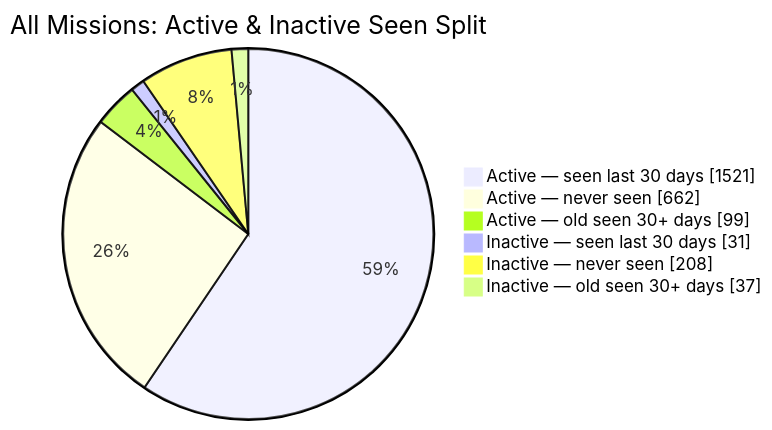
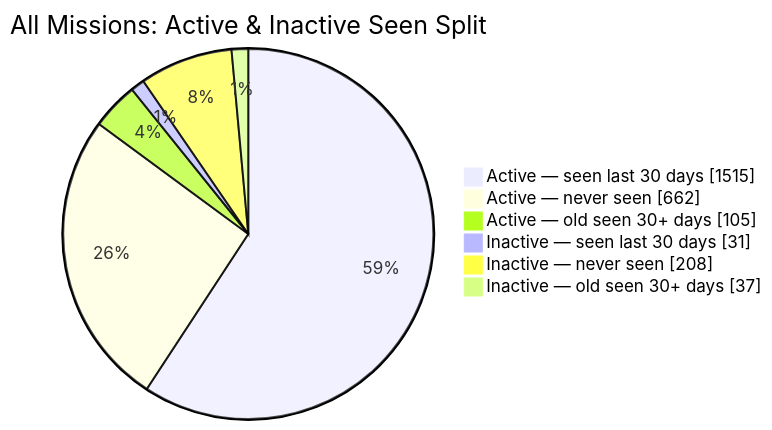
One commit to MeldkamerspelGameTeam/active-missions changed the second of 2 diagrams in README.md. Above: the diagram before and after it, drawn with Mermaid. The commit also changed other lines of this file and 2 other files, not shown here.

````diff
--- a/README.md
+++ b/README.md
@@ -44,10 +44,10 @@
 ```mermaid
 pie showData
     title All Missions: Active & Inactive Seen Split
-    "Active — seen last 30 days" : 1521
+    "Active — seen last 30 days" : 1515
     "Active — never seen" : 662
-    "Active — old seen 30+ days" : 99
+    "Active — old seen 30+ days" : 105
     "Inactive — seen last 30 days" : 31
     "Inactive — never seen" : 208
     "Inactive — old seen 30+ days" : 37
 ```
````
